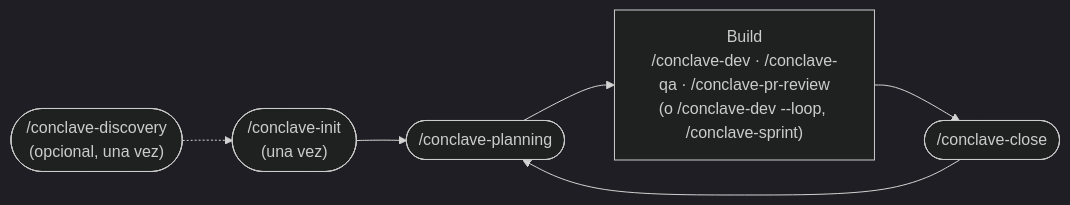
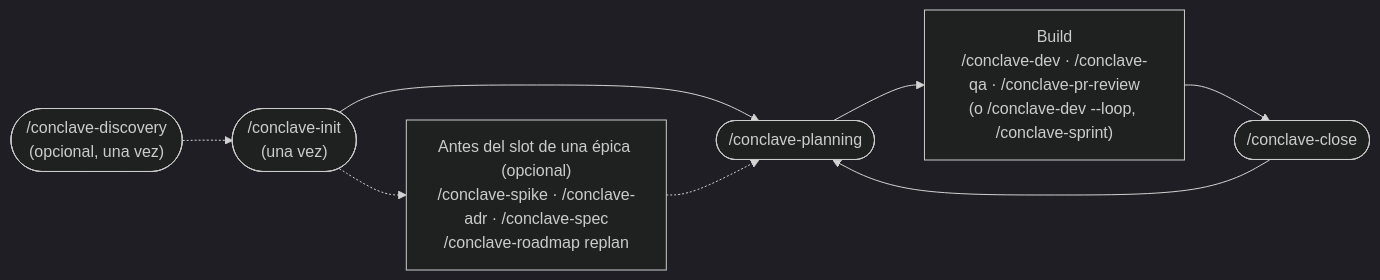
The first of 6 diagrams in site/content/es/workflow.mdx (giolabs/conclave), drawn with Mermaid (dark theme) before and after one commit. The commit also changed other lines of this file and 41 other files, not shown here.

````diff
--- a/site/content/es/workflow.mdx
+++ b/site/content/es/workflow.mdx
@@ -12,8 +12,10 @@
 ```mermaid
 flowchart LR
     Disc(["/conclave-discovery<br/>(opcional, una vez)"]) -.-> Init
     Init(["/conclave-init<br/>(una vez)"]) --> Plan(["/conclave-planning"])
+    Init -.-> Design["Antes del slot de una épica (opcional)<br/>/conclave-spike · /conclave-adr · /conclave-spec<br/>/conclave-roadmap replan"]
+    Design -.-> Plan
     Plan --> Build["Build<br/>/conclave-dev · /conclave-qa · /conclave-pr-review<br/>(o /conclave-dev --loop, /conclave-sprint)"]
     Build --> Close(["/conclave-close"])
     Close --> Plan
 ```
````
